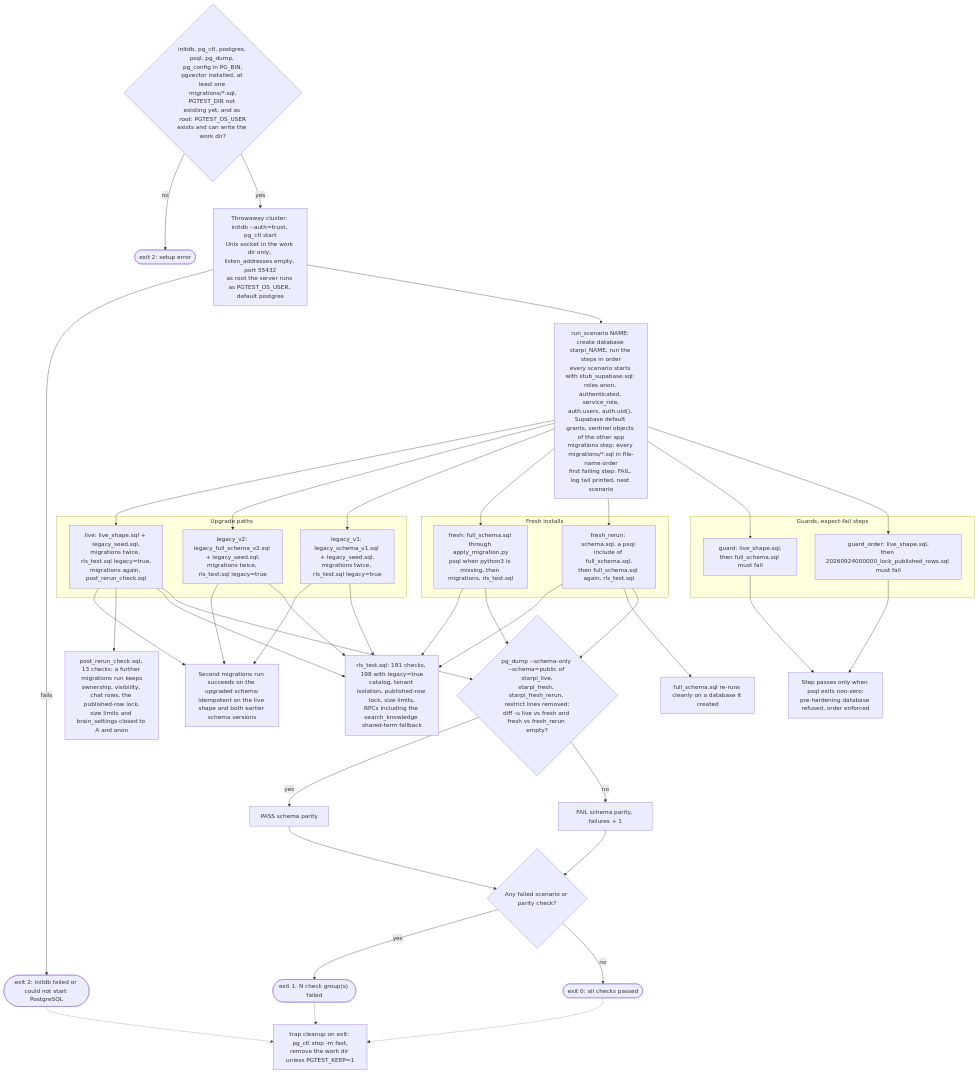
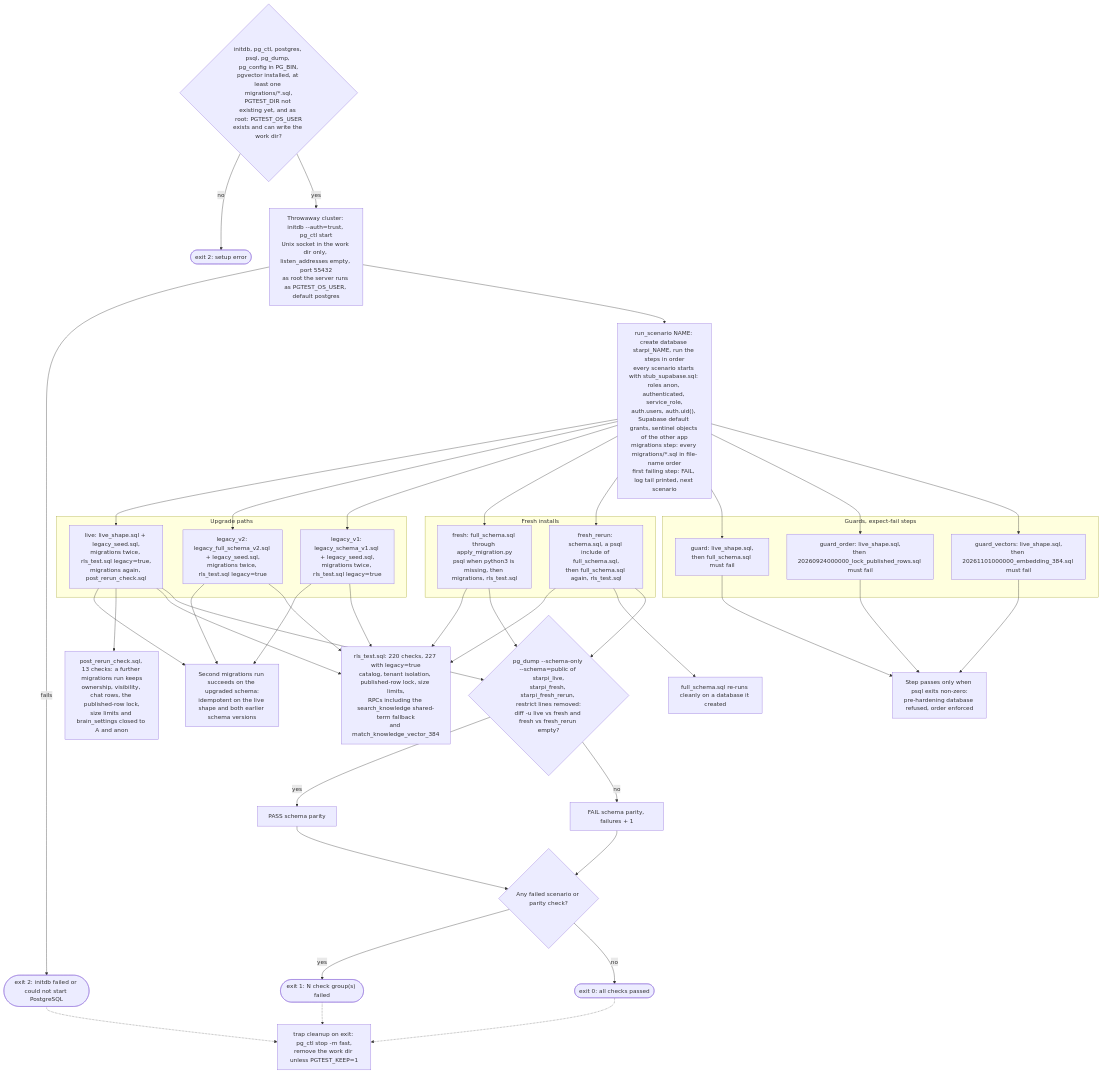
The sixth of 6 diagrams in backend/supabase/README.md (umutcantezgel-cpu/Starpi), drawn with Mermaid before and after one commit. The commit also changed other lines of this file and 13 other files, not shown here.

````diff
--- a/backend/supabase/README.md
+++ b/backend/supabase/README.md
@@ -503,68 +540,71 @@
 ```mermaid
 flowchart TD
     setup{"initdb, pg_ctl, postgres, psql, pg_dump, pg_config in PG_BIN,<br/>pgvector installed, at least one migrations/*.sql,<br/>PGTEST_DIR not existing yet, and as root: PGTEST_OS_USER<br/>exists and can write the work dir?"}
     setupErr(["exit 2: setup error"])
     cluster["Throwaway cluster: initdb --auth=trust, pg_ctl start<br/>Unix socket in the work dir only, listen_addresses empty, port 55432<br/>as root the server runs as PGTEST_OS_USER, default postgres"]
     setup -->|"no"| setupErr
     setup -->|"yes"| cluster
     clusterErr(["exit 2: initdb failed or could not start PostgreSQL"])
     cluster -->|"fails"| clusterErr
     scen["run_scenario NAME: create database starpi_NAME, run the steps in order<br/>every scenario starts with stub_supabase.sql: roles anon, authenticated, service_role,<br/>auth.users, auth.uid(), Supabase default grants, sentinel objects of the other app<br/>migrations step: every migrations/*.sql in file-name order<br/>first failing step: FAIL, log tail printed, next scenario"]
     cluster --> scen
 
     subgraph sg_upgrade["Upgrade paths"]
         live["live: live_shape.sql + legacy_seed.sql,<br/>migrations twice, rls_test.sql legacy=true,<br/>migrations again, post_rerun_check.sql"]
         v2["legacy_v2: legacy_full_schema_v2.sql + legacy_seed.sql,<br/>migrations twice, rls_test.sql legacy=true"]
         v1["legacy_v1: legacy_schema_v1.sql + legacy_seed.sql,<br/>migrations twice, rls_test.sql legacy=true"]
     end
     subgraph sg_fresh["Fresh installs"]
         fresh["fresh: full_schema.sql through apply_migration.py<br/>psql when python3 is missing, then migrations, rls_test.sql"]
         rerunS["fresh_rerun: schema.sql, a psql include of full_schema.sql,<br/>then full_schema.sql again, rls_test.sql"]
     end
     subgraph sg_guard["Guards, expect-fail steps"]
         guard["guard: live_shape.sql,<br/>then full_schema.sql must fail"]
         guardOrder["guard_order: live_shape.sql,<br/>then 20260924000000_lock_published_rows.sql must fail"]
+        guardVectors["guard_vectors: live_shape.sql,<br/>then 20261101000000_embedding_384.sql must fail"]
     end
     scen --> live
     scen --> v2
     scen --> v1
     scen --> fresh
     scen --> rerunS
     scen --> guard
     scen --> guardOrder
+    scen --> guardVectors
 
     aIdem["Second migrations run succeeds on the upgraded schema:<br/>idempotent on the live shape and both earlier schema versions"]
-    aRls["rls_test.sql: 191 checks, 198 with legacy=true<br/>catalog, tenant isolation, published-row lock, size limits,<br/>RPCs including the search_knowledge shared-term fallback"]
+    aRls["rls_test.sql: 220 checks, 227 with legacy=true<br/>catalog, tenant isolation, published-row lock, size limits,<br/>RPCs including the search_knowledge shared-term fallback<br/>and match_knowledge_vector_384"]
     aPost["post_rerun_check.sql, 13 checks: a further migrations run keeps<br/>ownership, visibility, chat rows, the published-row lock,<br/>size limits and brain_settings closed to A and anon"]
     aGuard["Step passes only when psql exits non-zero:<br/>pre-hardening database refused, order enforced"]
     aFreshRerun["full_schema.sql re-runs cleanly on a database it created"]
     live --> aIdem
     v2 --> aIdem
     v1 --> aIdem
     live --> aPost
     live --> aRls
     v2 --> aRls
     v1 --> aRls
     fresh --> aRls
     rerunS --> aRls
     rerunS --> aFreshRerun
     guard --> aGuard
     guardOrder --> aGuard
+    guardVectors --> aGuard
 
     parity{"pg_dump --schema-only --schema=public of starpi_live,<br/>starpi_fresh, starpi_fresh_rerun, restrict lines removed:<br/>diff -u live vs fresh and fresh vs fresh_rerun empty?"}
     live --> parity
     fresh --> parity
     rerunS --> parity
     parity -->|"yes"| parityOk["PASS schema parity"]
     parity -->|"no"| parityFail["FAIL schema parity, failures + 1"]
 
     result{"Any failed scenario or parity check?"}
     parityOk --> result
     parityFail --> result
     result -->|"yes"| exit1(["exit 1: N check group(s) failed"])
     result -->|"no"| exit0(["exit 0: all checks passed"])
     cleanup["trap cleanup on exit: pg_ctl stop -m fast,<br/>remove the work dir unless PGTEST_KEEP=1"]
     exit1 -.-> cleanup
     exit0 -.-> cleanup
     clusterErr -.-> cleanup
 ```
````
